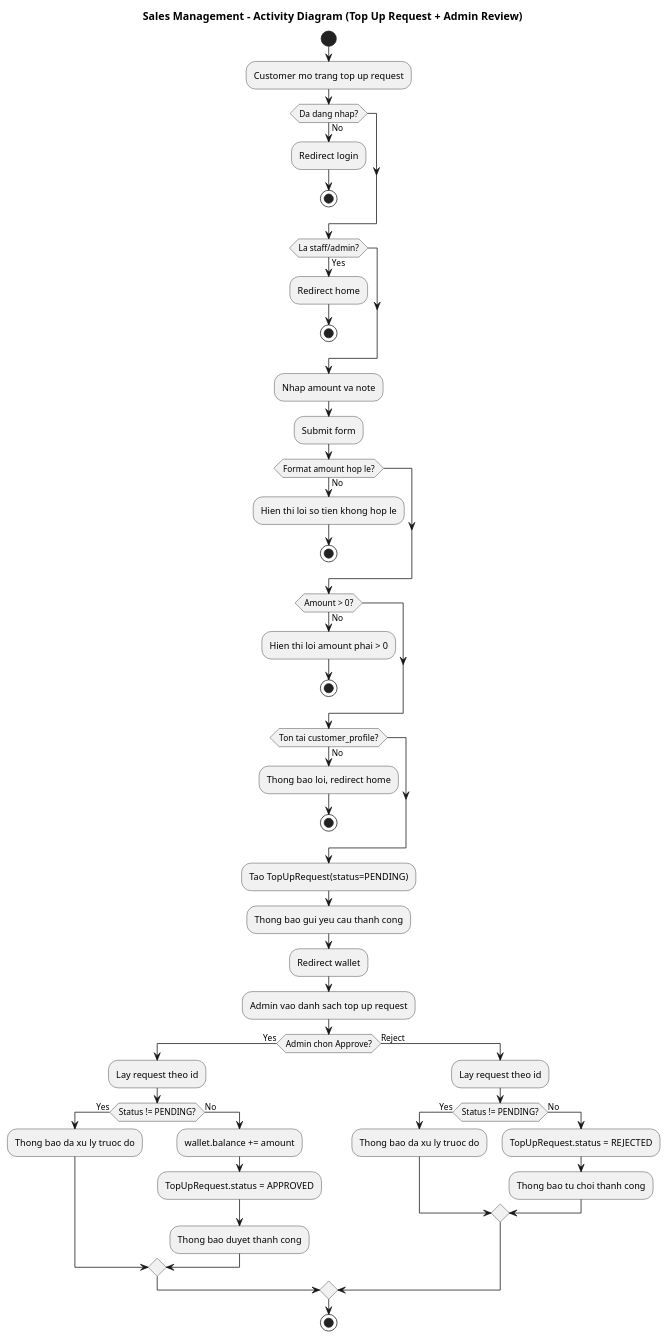
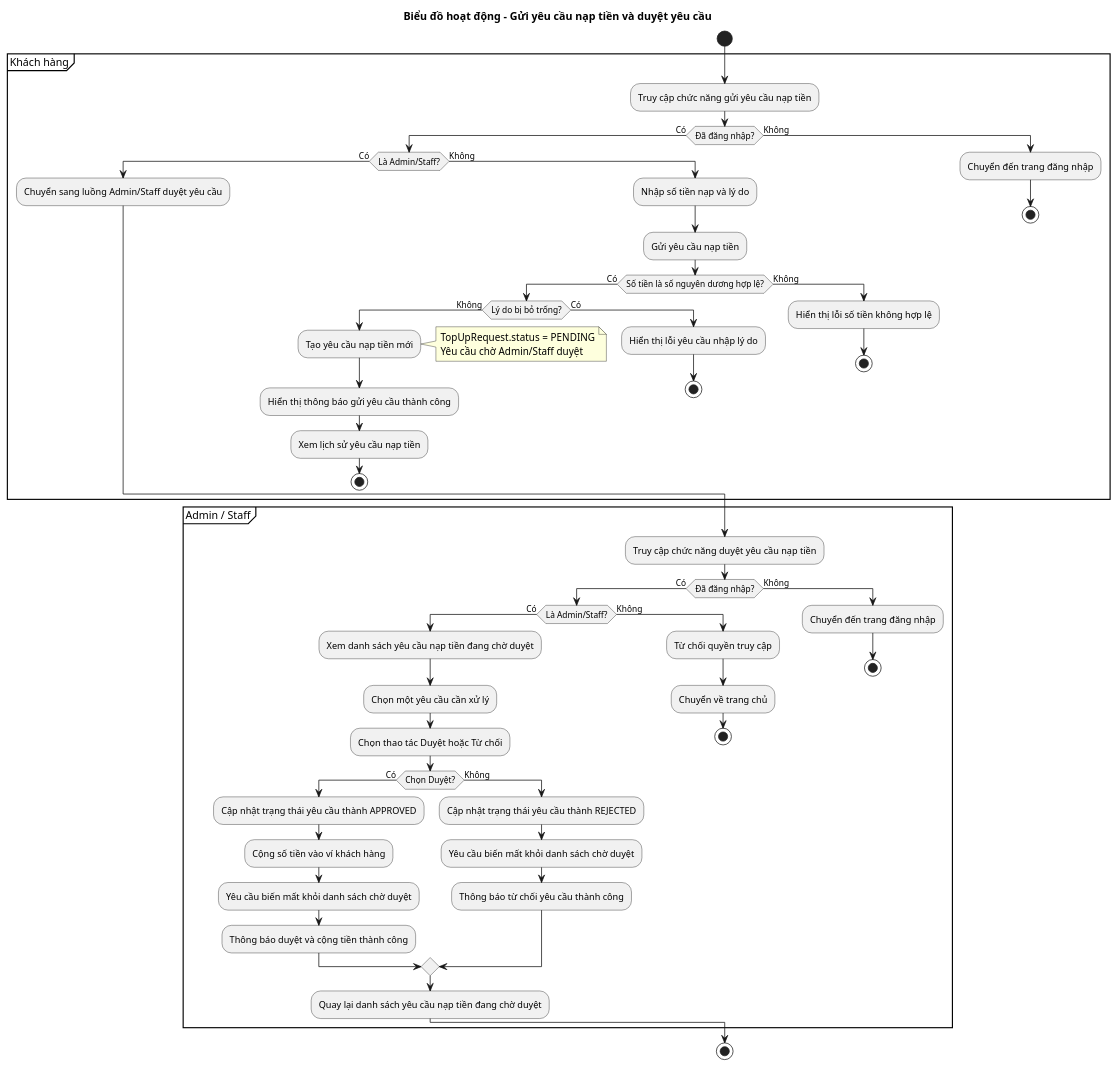
Before and after one commit to ducAnhNotEm/Quan_ly_ban_hang: the diagram in UML/activity_diagram_topup.puml, drawn with PlantUML. The commit also changed 28 other files, not shown here.

Commit message:
feat: simplify flows, update UMLs, cleanup imports, and fix cart-add redirect

```diff
--- a/UML/activity_diagram_topup.puml
+++ b/UML/activity_diagram_topup.puml
@@ -1,60 +1,79 @@
 @startuml
-title Sales Management - Activity Diagram (Top Up Request + Admin Review)
+title Biểu đồ hoạt động - Gửi yêu cầu nạp tiền và duyệt yêu cầu
 
 start
-:Customer mo trang top up request;
 
-if (Da dang nhap?) then (No)
-  :Redirect login;
-  stop
-endif
+partition "Khách hàng" {
+  :Truy cập chức năng gửi yêu cầu nạp tiền;
 
-if (La staff/admin?) then (Yes)
-  :Redirect home;
-  stop
-endif
+  if (Đã đăng nhập?) then (Có)
+    if (Là Admin/Staff?) then (Có)
+      :Chuyển sang luồng Admin/Staff duyệt yêu cầu;
+    else (Không)
+      :Nhập số tiền nạp và lý do;
+      :Gửi yêu cầu nạp tiền;
 
-:Nhap amount va note;
-:Submit form;
+      if (Số tiền là số nguyên dương hợp lệ?) then (Có)
+        if (Lý do bị bỏ trống?) then (Không)
+          :Tạo yêu cầu nạp tiền mới;
 
-if (Format amount hop le?) then (No)
-  :Hien thi loi so tien khong hop le;
-  stop
-endif
+          note right
+            TopUpRequest.status = PENDING
+            Yêu cầu chờ Admin/Staff duyệt
+          end note
 
-if (Amount > 0?) then (No)
-  :Hien thi loi amount phai > 0;
-  stop
-endif
+          :Hiển thị thông báo gửi yêu cầu thành công;
+          :Xem lịch sử yêu cầu nạp tiền;
+          stop
+        else (Có)
+          :Hiển thị lỗi yêu cầu nhập lý do;
+          stop
+        endif
+      else (Không)
+        :Hiển thị lỗi số tiền không hợp lệ;
+        stop
+      endif
+    endif
 
-if (Ton tai customer_profile?) then (No)
-  :Thong bao loi, redirect home;
-  stop
-endif
+  else (Không)
+    :Chuyển đến trang đăng nhập;
+    stop
+  endif
+}
 
-:Tao TopUpRequest(status=PENDING);
-:Thong bao gui yeu cau thanh cong;
-:Redirect wallet;
+partition "Admin / Staff" {
+  :Truy cập chức năng duyệt yêu cầu nạp tiền;
 
-:Admin vao danh sach top up request;
+  if (Đã đăng nhập?) then (Có)
+    if (Là Admin/Staff?) then (Có)
+      :Xem danh sách yêu cầu nạp tiền đang chờ duyệt;
+      :Chọn một yêu cầu cần xử lý;
+      :Chọn thao tác Duyệt hoặc Từ chối;
 
-if (Admin chon Approve?) then (Yes)
-  :Lay request theo id;
-  if (Status != PENDING?) then (Yes)
-    :Thong bao da xu ly truoc do;
-  else (No)
-    :wallet.balance += amount;
-    :TopUpRequest.status = APPROVED;
-    :Thong bao duyet thanh cong;
+      if (Chọn Duyệt?) then (Có)
+        :Cập nhật trạng thái yêu cầu thành APPROVED;
+        :Cộng số tiền vào ví khách hàng;
+        :Yêu cầu biến mất khỏi danh sách chờ duyệt;
+        :Thông báo duyệt và cộng tiền thành công;
+      else (Không)
+        :Cập nhật trạng thái yêu cầu thành REJECTED;
+        :Yêu cầu biến mất khỏi danh sách chờ duyệt;
+        :Thông báo từ chối yêu cầu thành công;
+      endif
+
+      :Quay lại danh sách yêu cầu nạp tiền đang chờ duyệt;
+
+    else (Không)
+      :Từ chối quyền truy cập;
+      :Chuyển về trang chủ;
+      stop
+    endif
+
+  else (Không)
+    :Chuyển đến trang đăng nhập;
+    stop
   endif
-else (Reject)
-  :Lay request theo id;
-  if (Status != PENDING?) then (Yes)
-    :Thong bao da xu ly truoc do;
-  else (No)
-    :TopUpRequest.status = REJECTED;
-    :Thong bao tu choi thanh cong;
-  endif
-endif
+}
+
 stop
 @enduml
```
